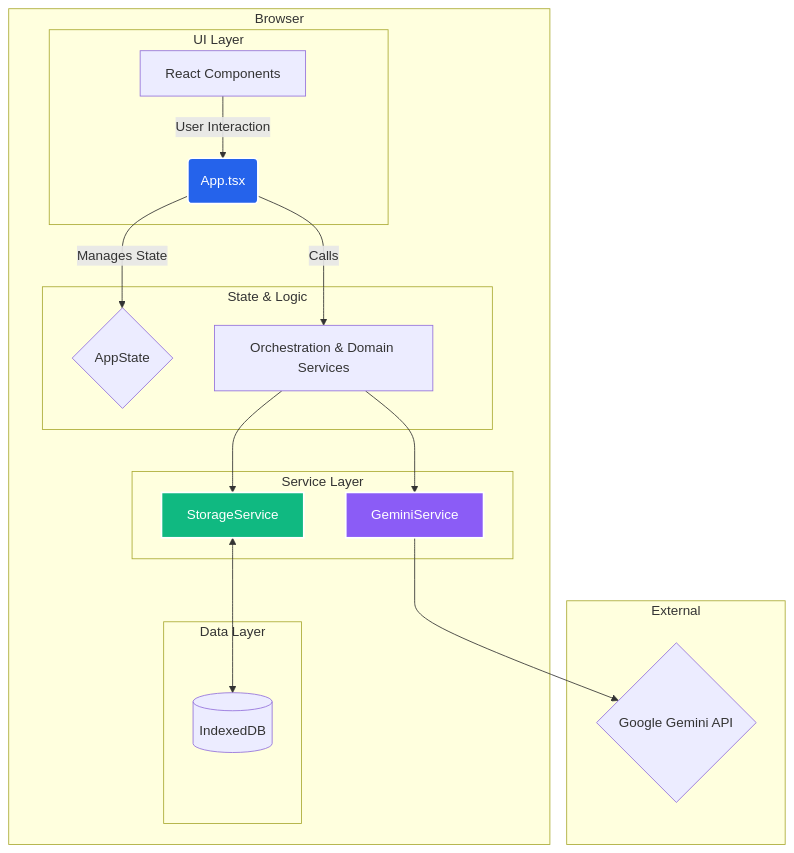
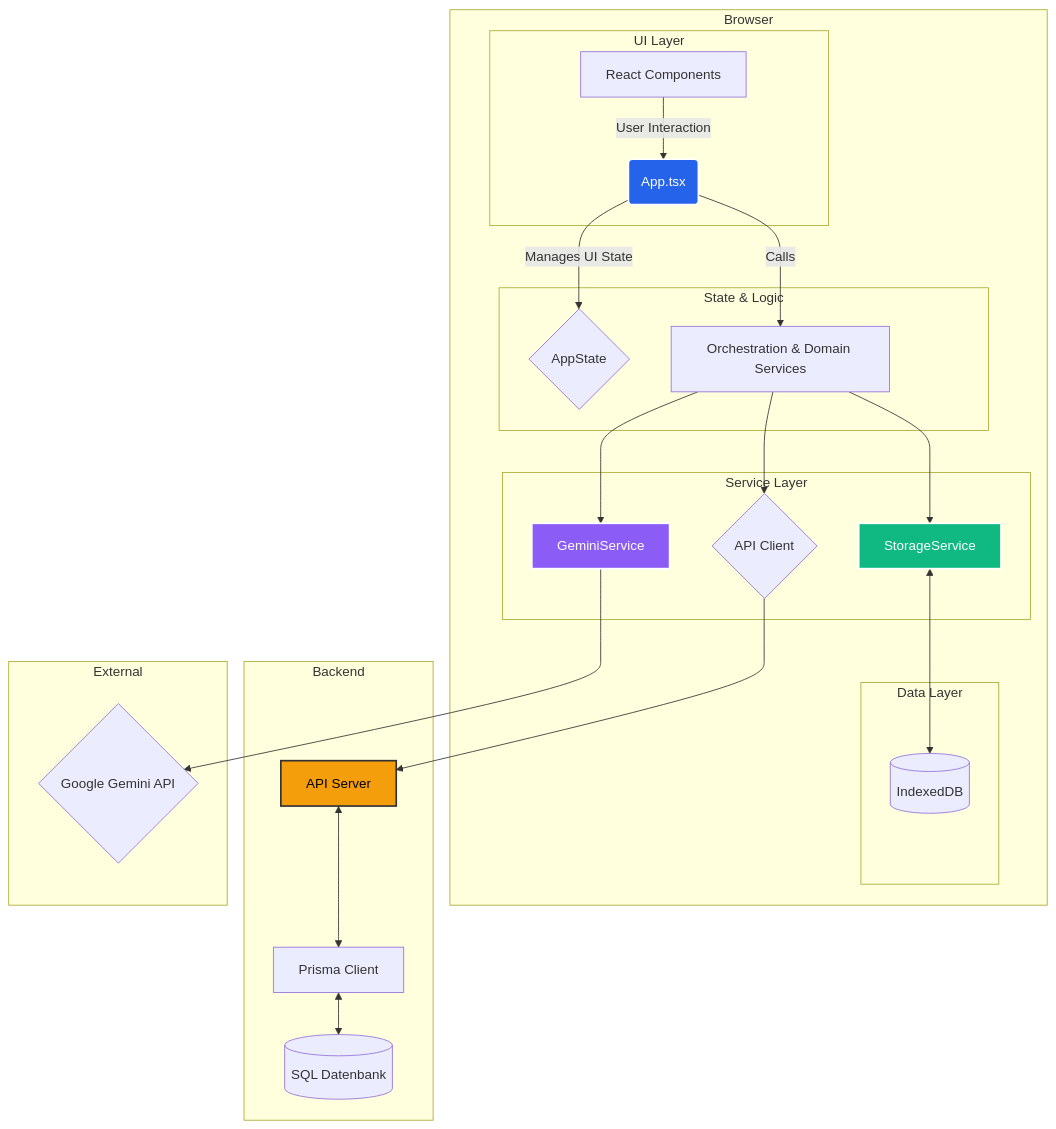
The diagram in ARCHITEKTUR.md (juljocezar/MRV-Complex-kontext-toll), drawn with Mermaid before and after one commit. The commit also changed other lines of this file and 44 other files, not shown here.

````diff
--- a/ARCHITEKTUR.md
+++ b/ARCHITEKTUR.md
@@ -71,27 +54,36 @@
 ```mermaid
 graph TD
     subgraph Browser
         subgraph UI Layer
             A[React Components] -->|User Interaction| B(App.tsx);
         end
         subgraph State & Logic
-            B -- Manages State --> C{AppState};
+            B -- Manages UI State --> C{AppState};
             B -- Calls --> D[Orchestration & Domain Services];
         end
         subgraph Service Layer
             D --> E[GeminiService];
             D --> F[StorageService];
+            D --> I{API Client};
         end
         subgraph Data Layer
             F <--> G[(IndexedDB)];
         end
     end
 
+    subgraph Backend
+        J[API Server] <--> K[Prisma Client];
+        K <--> L[(SQL Datenbank)];
+    end
+
     subgraph External
         E --> H{Google Gemini API};
     end
+    
+    I --> J;
 
     style B fill:#2563eb,stroke:#fff,stroke-width:2px,color:#fff
     style E fill:#8b5cf6,stroke:#fff,stroke-width:2px,color:#fff
     style F fill:#10b981,stroke:#fff,stroke-width:2px,color:#fff
+    style J fill:#f59e0b,stroke:#333,stroke-width:2px,color:#000
 ```
````
